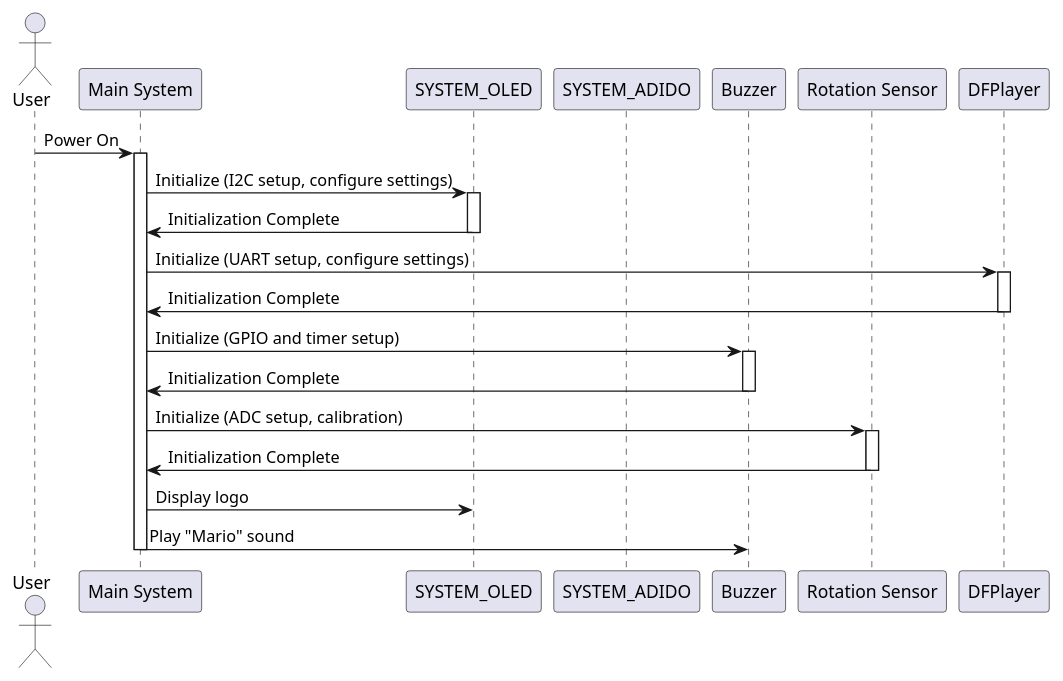
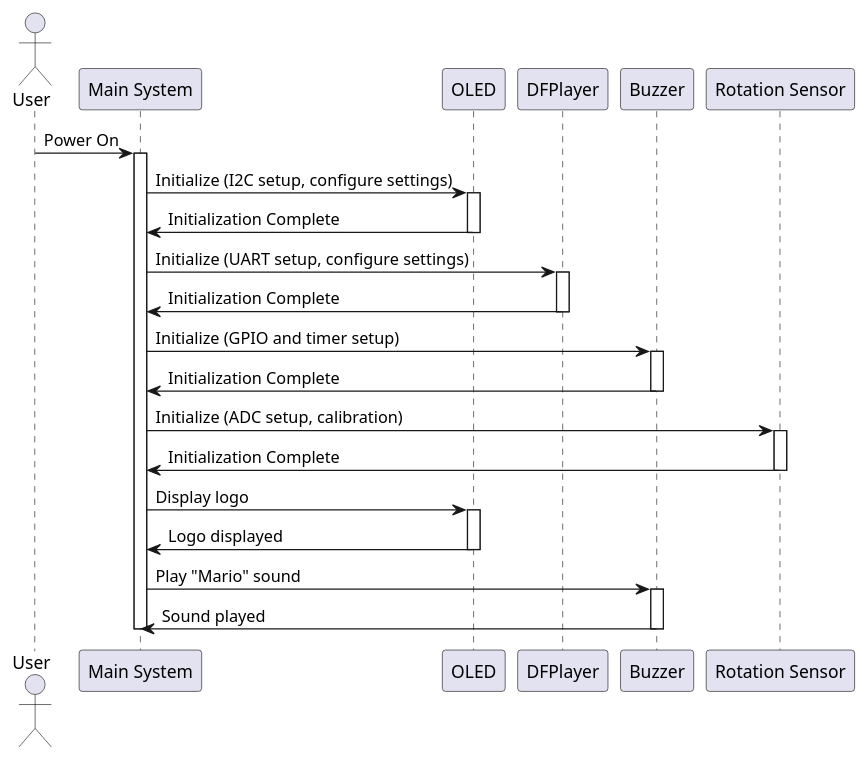
Before and after one commit to toannguyentien-itr-intern/MP3_Player: the diagram in Documents/Seqence_diagram/Initialzation.wsd, drawn with PlantUML.

Commit message:
Update: Rename the participant variable

```diff
--- a/Documents/Seqence_diagram/Initialzation.wsd
+++ b/Documents/Seqence_diagram/Initialzation.wsd
@@ -1,35 +1,43 @@
 @startuml
 actor User
 participant "Main System" as MainSystem
-participant SYSTEM_OLED as OLED
-participant SYSTEM_ADIDO as AUDIO
+participant OLED
+participant DFPlayer
 participant Buzzer
 participant "Rotation Sensor" as RotationSensor
 
 User -> MainSystem: Power On
 activate MainSystem
 
 MainSystem -> OLED: Initialize (I2C setup, configure settings)
 activate OLED
 OLED -> MainSystem: Initialization Complete
 deactivate OLED
 
 MainSystem -> DFPlayer: Initialize (UART setup, configure settings)
 activate DFPlayer
 DFPlayer -> MainSystem: Initialization Complete
 deactivate DFPlayer
 
 MainSystem -> Buzzer: Initialize (GPIO and timer setup)
 activate Buzzer
 Buzzer -> MainSystem: Initialization Complete
 deactivate Buzzer
 
 MainSystem -> RotationSensor: Initialize (ADC setup, calibration)
 activate RotationSensor
 RotationSensor -> MainSystem: Initialization Complete
 deactivate RotationSensor
 
 MainSystem -> OLED: Display logo
+activate OLED
+OLED -> MainSystem: Logo displayed
+deactivate OLED
+
 MainSystem -> Buzzer: Play "Mario" sound
+activate Buzzer
+Buzzer -> MainSystem: Sound played
+deactivate Buzzer
+
 deactivate MainSystem
 @enduml
```
